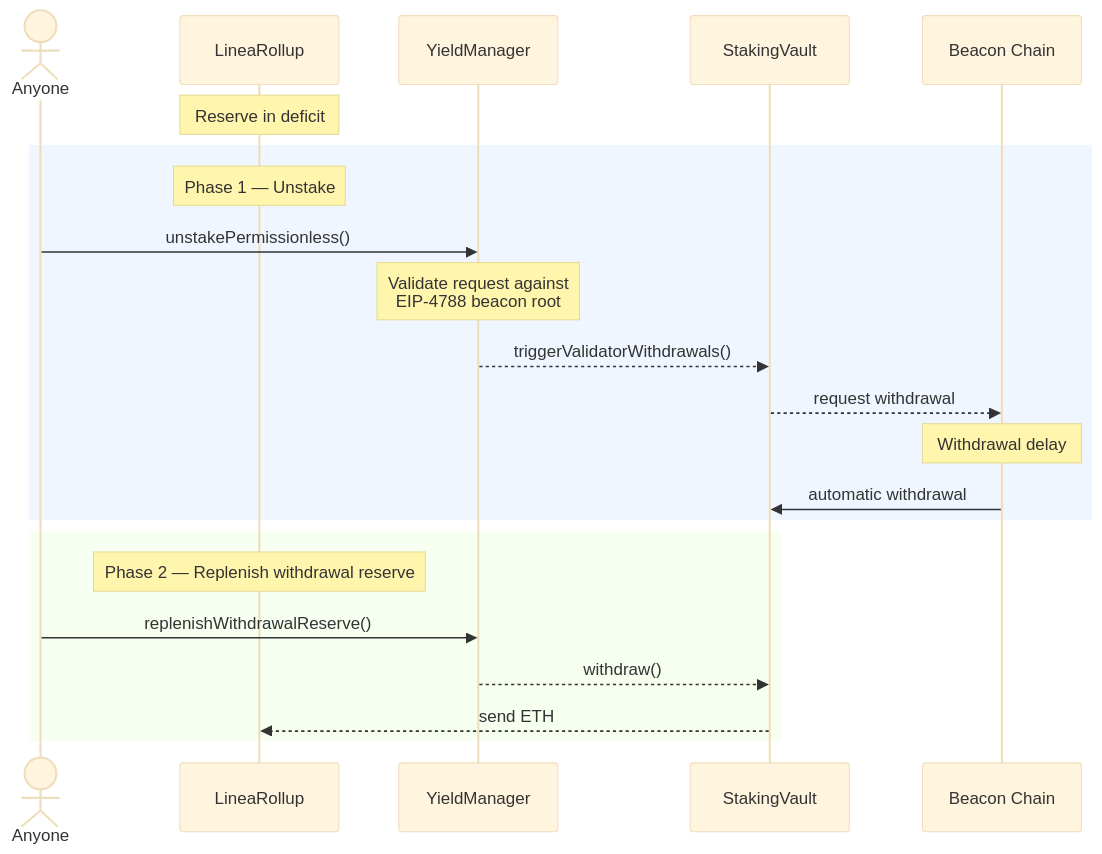
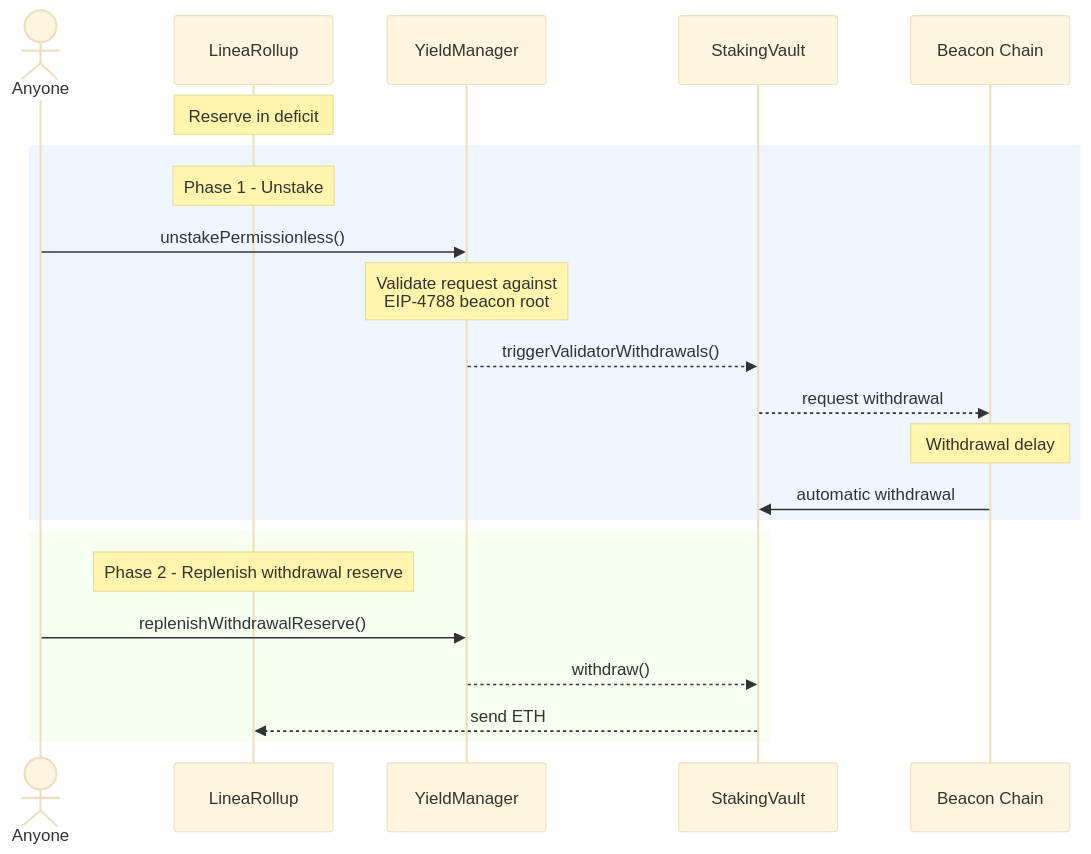
One commit to Consensys/linea-monorepo changed the sixth of 8 diagrams in docs/yield-boost-fund-flow.md. Above: the diagram before and after it, drawn with Mermaid (base theme). The commit also changed other lines of this file, not shown here.

````diff
--- a/docs/yield-boost-fund-flow.md
+++ b/docs/yield-boost-fund-flow.md
@@ -176,26 +176,26 @@
 ```mermaid
 sequenceDiagram
     actor U as Anyone
     participant LR as LineaRollup
     participant YM as YieldManager
     participant SV as StakingVault
     participant BC as Beacon Chain
     Note over LR: Reserve in deficit
 
     rect rgba(230, 240, 255, 0.6)
-        Note over LR: Phase 1 — Unstake
+        Note over LR: Phase 1 - Unstake
         U->>YM: unstakePermissionless()
         Note over YM: Validate request against <br/> EIP-4788 beacon root
         YM-->>SV: triggerValidatorWithdrawals()
         SV-->>BC: request withdrawal
         Note over BC: Withdrawal delay
         BC->>SV: automatic withdrawal
     end
 
     rect rgba(240, 255, 230, 0.6)
-        Note over LR: Phase 2 — Replenish withdrawal reserve
+        Note over LR: Phase 2 - Replenish withdrawal reserve
         U->>YM: replenishWithdrawalReserve()
         YM-->>SV: withdraw()
         SV-->>LR: send ETH
     end
 ```
````
